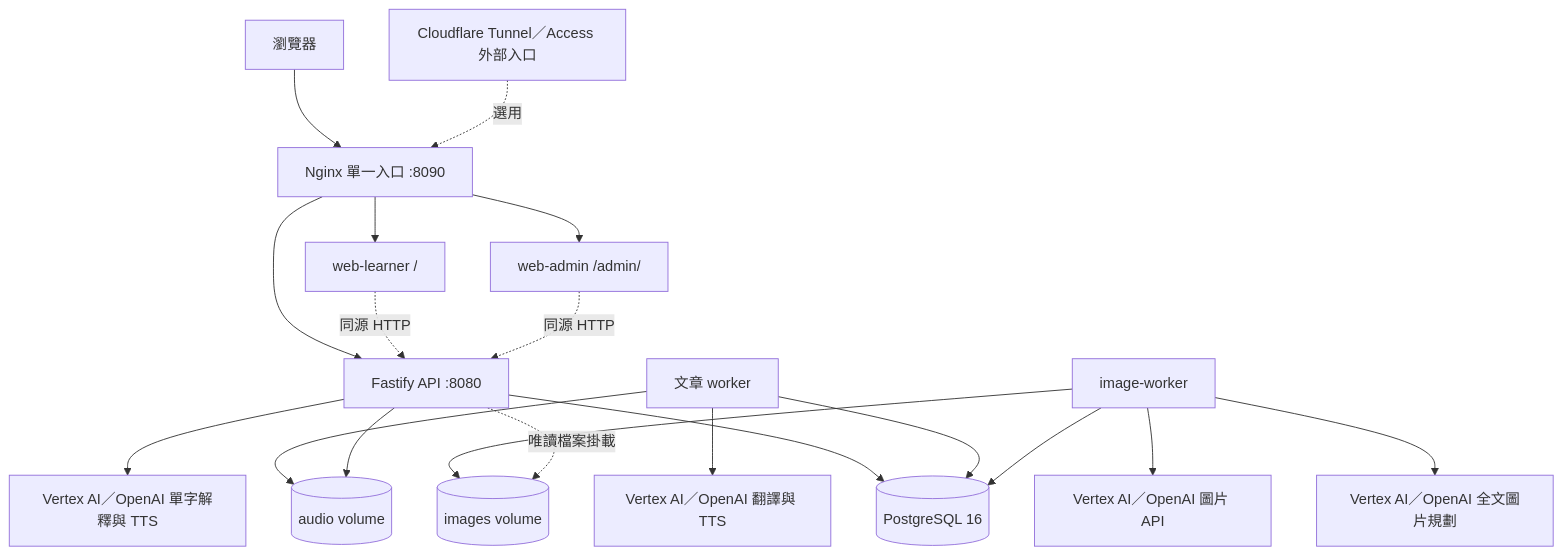
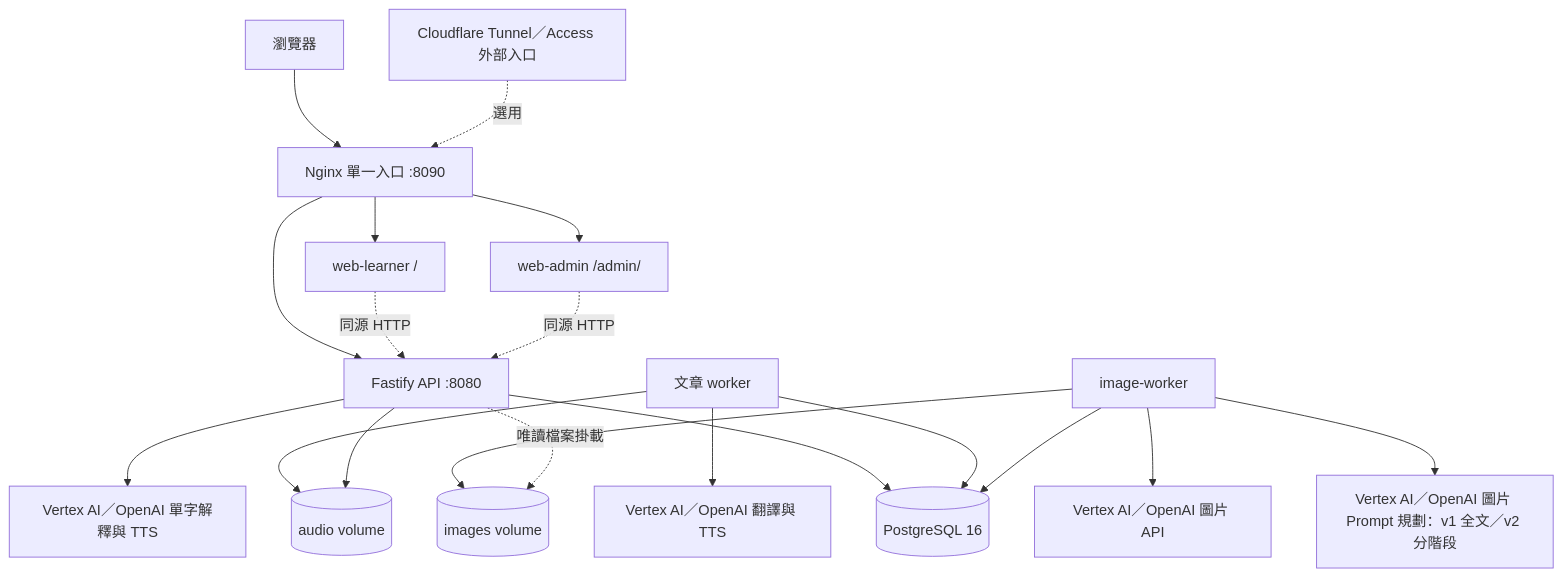
One commit to smilejos/EnglishLearning changed the first of 2 diagrams in docs/codebase-architecture.md. Above: the diagram before and after it, drawn with Mermaid. The commit also changed other lines of this file and 29 other files, not shown here.

````diff
--- a/docs/codebase-architecture.md
+++ b/docs/codebase-architecture.md
@@ -31,21 +31,21 @@
 ```mermaid
 flowchart TD
     Browser[瀏覽器] --> Proxy[Nginx 單一入口 :8090]
     Tunnel[Cloudflare Tunnel／Access 外部入口] -. 選用 .-> Proxy
     Proxy --> Learner[web-learner /]
     Proxy --> Admin[web-admin /admin/]
     Proxy --> API[Fastify API :8080]
     Learner -. 同源 HTTP .-> API
     Admin -. 同源 HTTP .-> API
     API --> DB[(PostgreSQL 16)]
     Worker[文章 worker] --> DB
     ImageWorker[image-worker] --> DB
     Worker --> TextSpeech[Vertex AI／OpenAI 翻譯與 TTS]
     API --> Explain[Vertex AI／OpenAI 單字解釋與 TTS]
-    ImageWorker --> Planner[Vertex AI／OpenAI 全文圖片規劃]
+    ImageWorker --> Planner[Vertex AI／OpenAI 圖片 Prompt 規劃：v1 全文／v2 分階段]
     ImageWorker --> ImageAPI[Vertex AI／OpenAI 圖片 API]
     Worker --> Audio[(audio volume)]
     API --> Audio
     ImageWorker --> Images[(images volume)]
     API -. 唯讀檔案掛載 .-> Images
 ```
````
